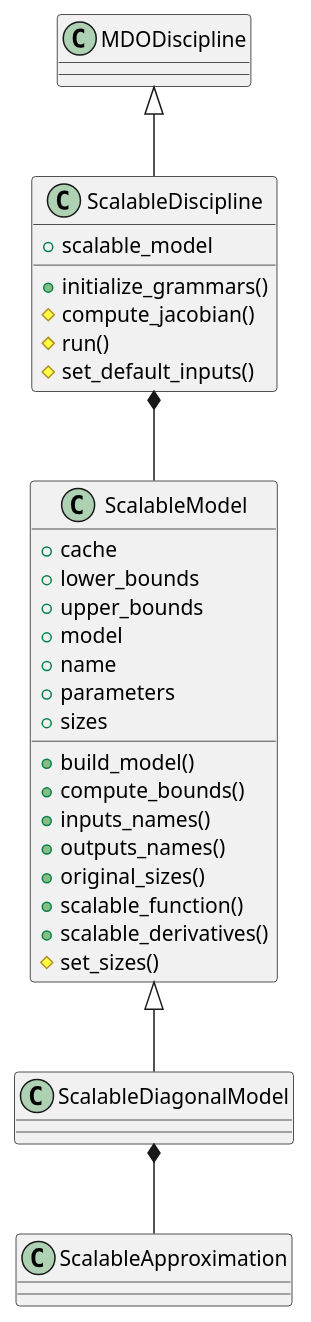
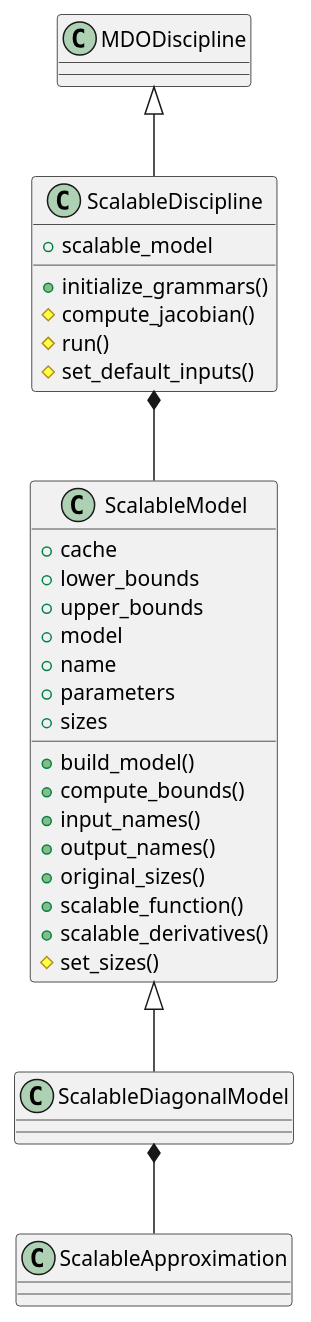
Before and after one commit to gemseo/gemseo: the diagram in doc_src/scalable_models/index.rst, drawn with PlantUML. The commit also changed 170 other files, not shown here.

```diff
--- a/doc_src/scalable_models/index.rst
+++ b/doc_src/scalable_models/index.rst
@@ -36,32 +36,32 @@
 .. uml::
 
    MDODiscipline <|-- ScalableDiscipline
    ScalableDiscipline *-- ScalableModel
    ScalableModel <|-- ScalableDiagonalModel
    ScalableDiagonalModel *-- ScalableApproximation
 
    class ScalableDiscipline {
     +scalable_model
     +initialize_grammars()
 	#compute_jacobian()
 	#run()
 	#set_default_inputs()
    }
 
    class ScalableModel {
     +cache
     +lower_bounds
     +upper_bounds
     +model
     +name
     +parameters
     +sizes
     +build_model()
     +compute_bounds()
-    +inputs_names()
-    +outputs_names()
+    +input_names()
+    +output_names()
     +original_sizes()
     +scalable_function()
     +scalable_derivatives()
     #set_sizes()
    }
```
